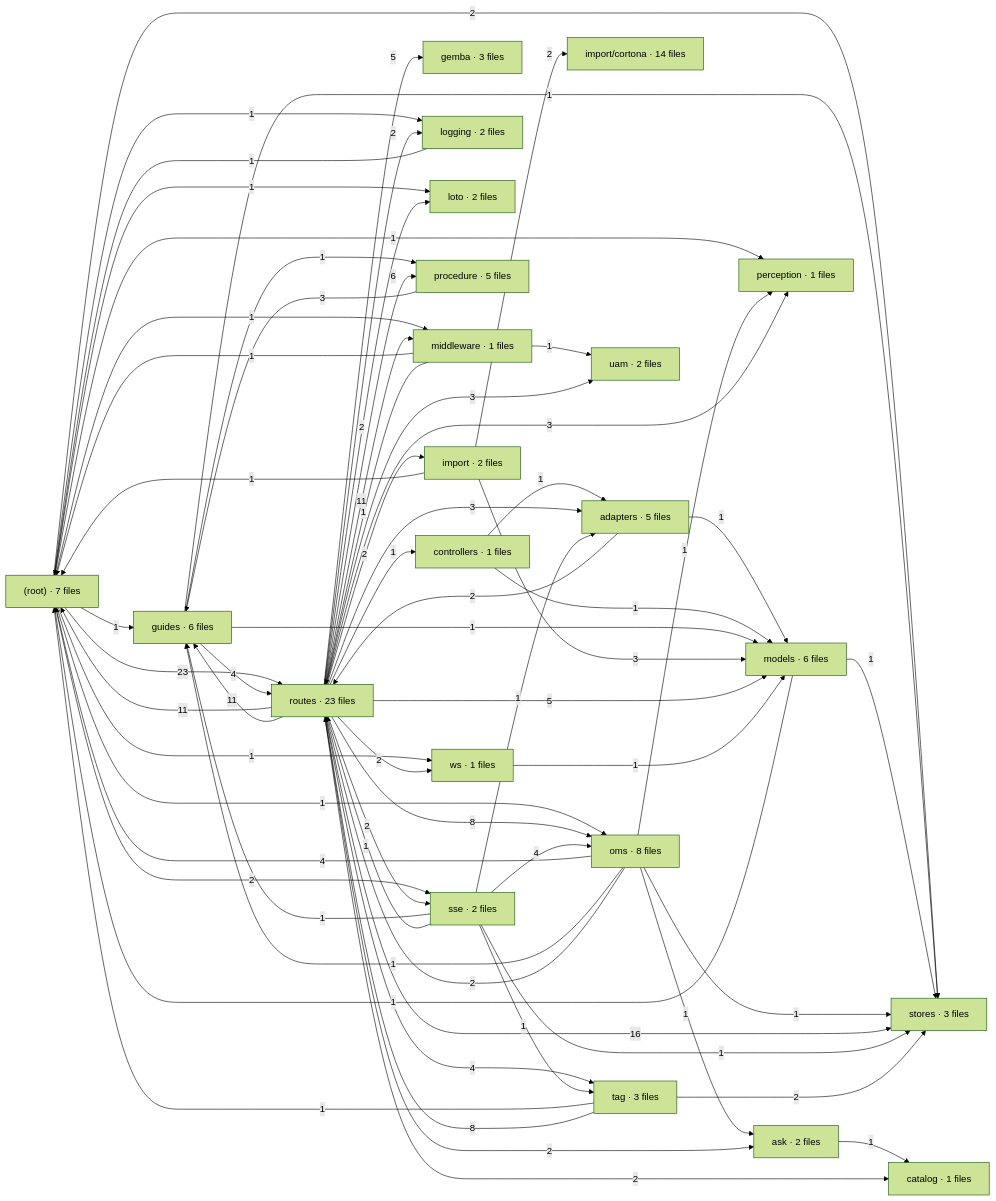
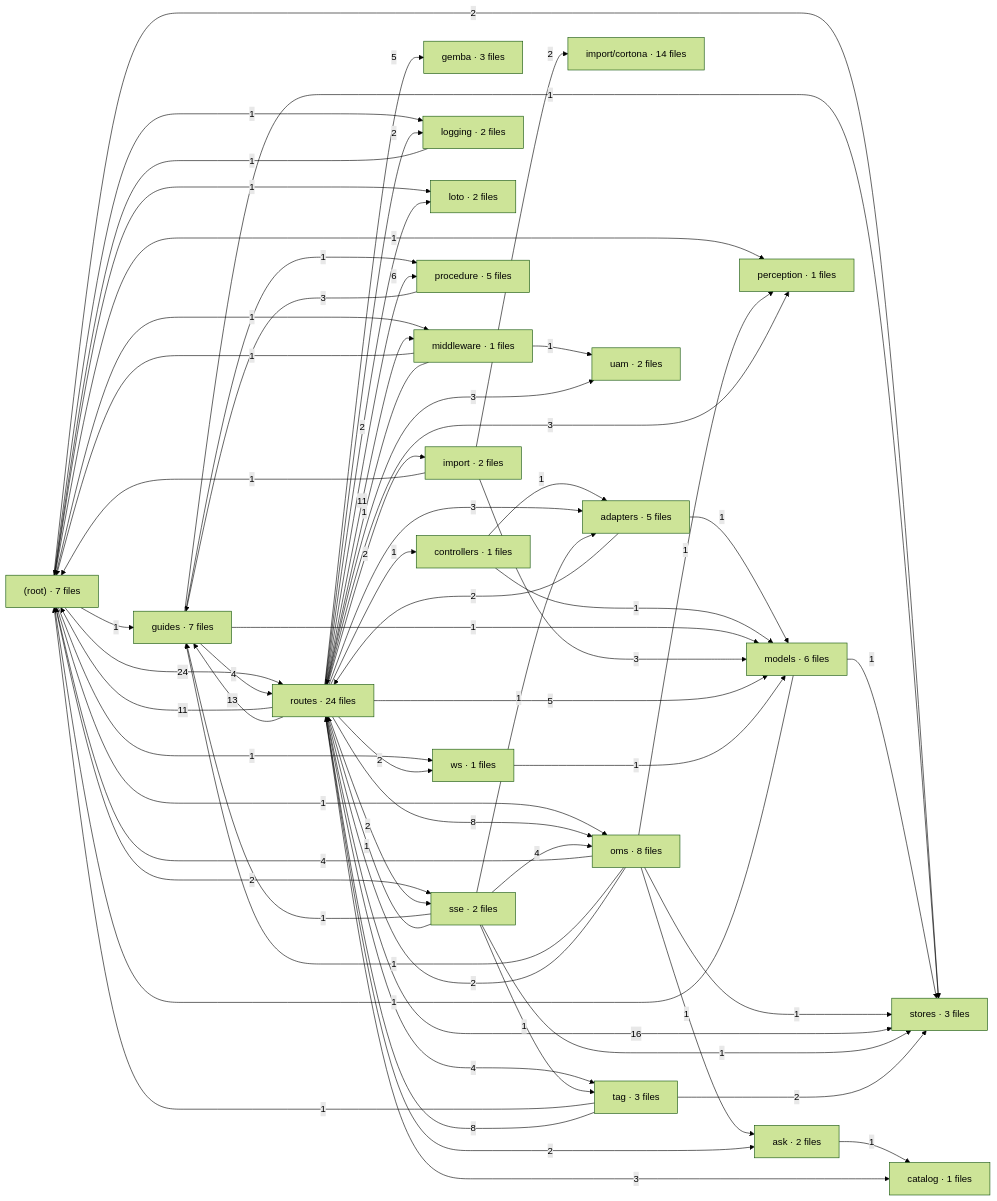
Before and after one commit to krocx/spatial-tapgging-app: the diagram in docs/architecture/deps-sib.mmd, drawn with Mermaid (forest theme). The commit also changed 22 other files, not shown here.

```diff
--- a/docs/architecture/deps-sib.mmd
+++ b/docs/architecture/deps-sib.mmd
@@ -1,90 +1,90 @@
 %% generated by scripts/arch-graph.mjs - do not edit
 flowchart LR
   %% sib/src - relative imports between folders (edge label = number of imports)
   F__["(root) · 7 files"]
   F_adapters["adapters · 5 files"]
   F_ask["ask · 2 files"]
   F_catalog["catalog · 1 files"]
   F_controllers["controllers · 1 files"]
   F_gemba["gemba · 3 files"]
-  F_guides["guides · 6 files"]
+  F_guides["guides · 7 files"]
   F_import["import · 2 files"]
   F_import_cortona["import/cortona · 14 files"]
   F_logging["logging · 2 files"]
   F_loto["loto · 2 files"]
   F_middleware["middleware · 1 files"]
   F_models["models · 6 files"]
   F_oms["oms · 8 files"]
   F_perception["perception · 1 files"]
   F_procedure["procedure · 5 files"]
-  F_routes["routes · 23 files"]
+  F_routes["routes · 24 files"]
   F_sse["sse · 2 files"]
   F_stores["stores · 3 files"]
   F_tag["tag · 3 files"]
   F_uam["uam · 2 files"]
   F_ws["ws · 1 files"]
   F__ -->|1| F_guides
   F__ -->|1| F_logging
   F__ -->|1| F_loto
   F__ -->|1| F_middleware
   F__ -->|1| F_oms
   F__ -->|1| F_perception
-  F__ -->|23| F_routes
+  F__ -->|24| F_routes
   F__ -->|2| F_sse
   F__ -->|2| F_stores
   F__ -->|1| F_ws
   F_adapters -->|1| F_models
   F_adapters -->|2| F_routes
   F_ask -->|1| F_catalog
   F_controllers -->|1| F_adapters
   F_controllers -->|1| F_models
   F_guides -->|1| F_models
   F_guides -->|1| F_procedure
   F_guides -->|4| F_routes
   F_guides -->|1| F_stores
   F_import -->|1| F__
   F_import -->|2| F_import_cortona
   F_import -->|3| F_models
   F_logging -->|1| F__
   F_middleware -->|1| F__
   F_middleware -->|1| F_routes
   F_middleware -->|1| F_uam
   F_models -->|1| F__
   F_models -->|1| F_stores
   F_oms -->|4| F__
   F_oms -->|1| F_ask
   F_oms -->|1| F_guides
   F_oms -->|1| F_perception
   F_oms -->|2| F_routes
   F_oms -->|1| F_stores
   F_procedure -->|3| F_guides
   F_routes -->|11| F__
   F_routes -->|3| F_adapters
   F_routes -->|2| F_ask
-  F_routes -->|2| F_catalog
+  F_routes -->|3| F_catalog
   F_routes -->|1| F_controllers
   F_routes -->|5| F_gemba
-  F_routes -->|11| F_guides
+  F_routes -->|13| F_guides
   F_routes -->|2| F_import
   F_routes -->|2| F_logging
   F_routes -->|2| F_loto
   F_routes -->|11| F_middleware
   F_routes -->|5| F_models
   F_routes -->|8| F_oms
   F_routes -->|3| F_perception
   F_routes -->|6| F_procedure
   F_routes -->|2| F_sse
   F_routes -->|16| F_stores
   F_routes -->|4| F_tag
   F_routes -->|3| F_uam
   F_routes -->|2| F_ws
   F_sse -->|1| F_adapters
   F_sse -->|1| F_guides
   F_sse -->|4| F_oms
   F_sse -->|1| F_routes
   F_sse -->|1| F_stores
   F_sse -->|1| F_tag
   F_tag -->|1| F__
   F_tag -->|8| F_routes
   F_tag -->|2| F_stores
   F_ws -->|1| F_models
```
